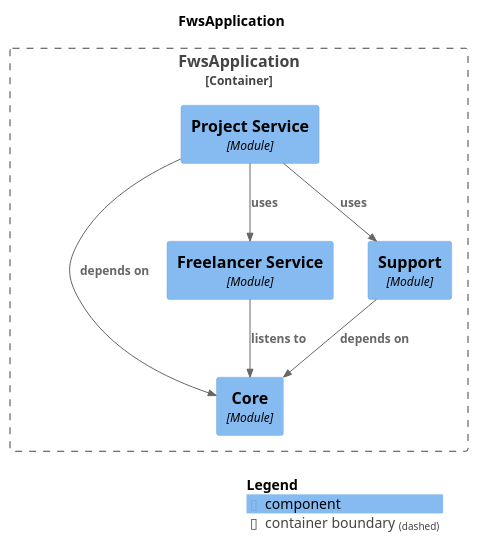
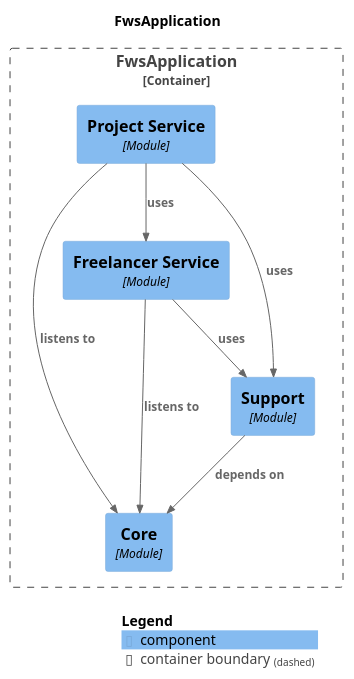
One commit to krloxz/fws-application changed the diagram in docs/modules/components.puml. Above: the diagram before and after it, drawn with PlantUML. The commit also changed 17 other files, not shown here.

```diff
--- a/docs/modules/components.puml
+++ b/docs/modules/components.puml
@@ -1,25 +1,26 @@
 @startuml
 set separator none
 title FwsApplication
 
 top to bottom direction
 
 !include <C4/C4>
 !include <C4/C4_Context>
 !include <C4/C4_Component>
 
 Container_Boundary("FwsApplication.FwsApplication_boundary", "FwsApplication", $tags="") {
   Component(FwsApplication.FwsApplication.Core, "Core", $techn="Module", $descr="", $tags="", $link="")
   Component(FwsApplication.FwsApplication.ProjectService, "Project Service", $techn="Module", $descr="", $tags="", $link="")
   Component(FwsApplication.FwsApplication.FreelancerService, "Freelancer Service", $techn="Module", $descr="", $tags="", $link="")
   Component(FwsApplication.FwsApplication.Support, "Support", $techn="Module", $descr="", $tags="", $link="")
 }
 
 Rel(FwsApplication.FwsApplication.ProjectService, FwsApplication.FwsApplication.Support, "uses", $techn="", $tags="", $link="")
 Rel(FwsApplication.FwsApplication.ProjectService, FwsApplication.FwsApplication.FreelancerService, "uses", $techn="", $tags="", $link="")
 Rel(FwsApplication.FwsApplication.FreelancerService, FwsApplication.FwsApplication.Core, "listens to", $techn="", $tags="", $link="")
+Rel(FwsApplication.FwsApplication.FreelancerService, FwsApplication.FwsApplication.Support, "uses", $techn="", $tags="", $link="")
 Rel(FwsApplication.FwsApplication.Support, FwsApplication.FwsApplication.Core, "depends on", $techn="", $tags="", $link="")
-Rel(FwsApplication.FwsApplication.ProjectService, FwsApplication.FwsApplication.Core, "depends on", $techn="", $tags="", $link="")
+Rel(FwsApplication.FwsApplication.ProjectService, FwsApplication.FwsApplication.Core, "listens to", $techn="", $tags="", $link="")
 
 SHOW_LEGEND(true)
 @enduml
```
